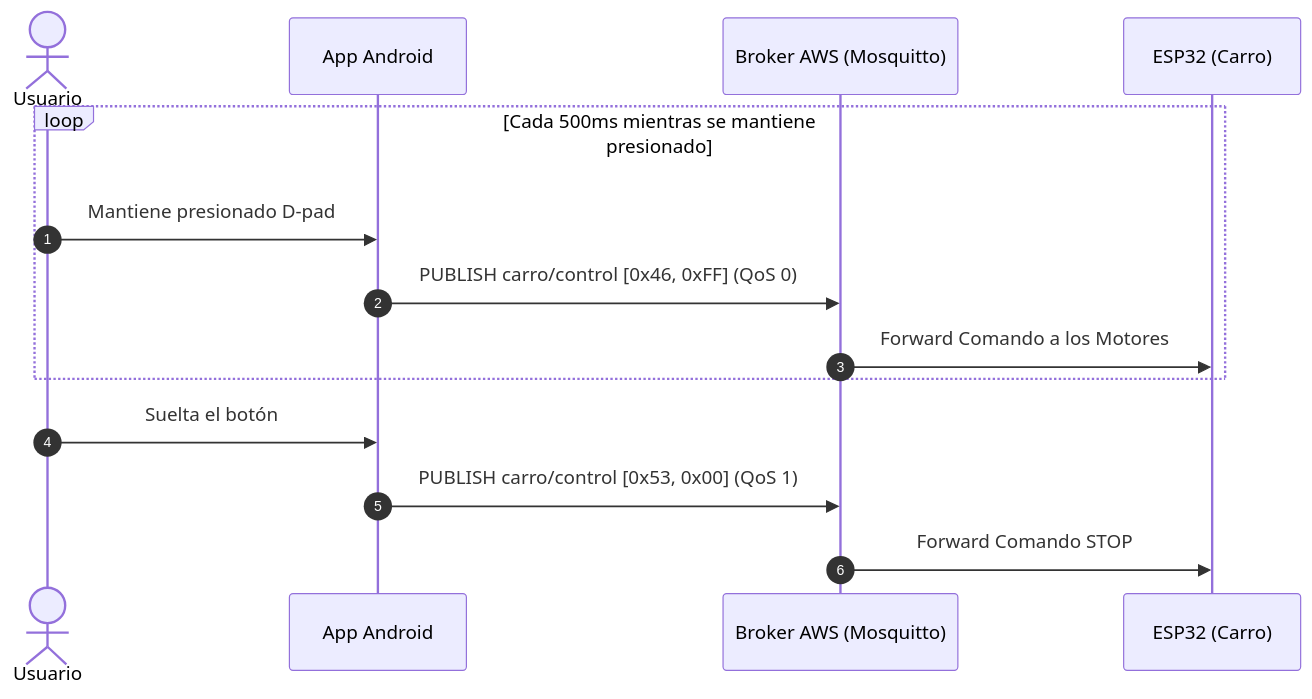
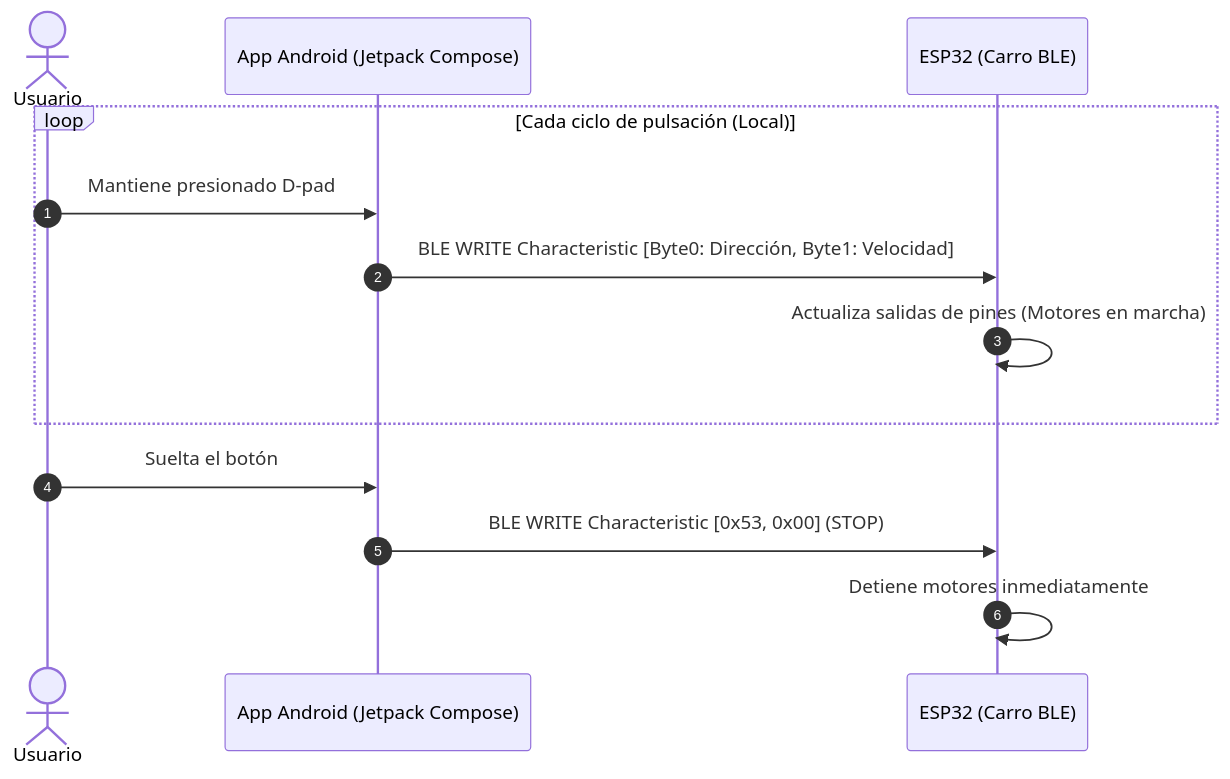
Before and after one commit to JuanLopezM31/IoT-FinalProject: the second of 5 diagrams in README.md, drawn with Mermaid. The commit also changed other lines of this file, not shown here.

First line of the commit message:
Revise README for BLE integration and system architecture

````diff
--- a/README.md
+++ b/README.md
@@ -100,17 +84,16 @@
 ```mermaid
 sequenceDiagram
     autonumber
     actor Usuario
-    participant App as App Android
-    participant Broker as Broker AWS (Mosquitto)
-    participant ESP as ESP32 (Carro)
+    participant App as App Android (Jetpack Compose)
+    participant ESP as ESP32 (Carro BLE)
 
-    loop Cada 500ms mientras se mantiene presionado
+    loop Cada ciclo de pulsación (Local)
         Usuario->>App: Mantiene presionado D-pad
-        App->>Broker: PUBLISH carro/control [0x46, 0xFF] (QoS 0)
-        Broker->>ESP: Forward Comando a los Motores
+        App->>ESP: BLE WRITE Characteristic [Byte0: Dirección, Byte1: Velocidad]
+        ESP->>ESP: Actualiza salidas de pines (Motores en marcha)
     end
     Usuario->>App: Suelta el botón
-    App->>Broker: PUBLISH carro/control [0x53, 0x00] (QoS 1)
-    Broker->>ESP: Forward Comando STOP
+    App->>ESP: BLE WRITE Characteristic [0x53, 0x00] (STOP)
+    ESP->>ESP: Detiene motores inmediatamente
 ```
````
